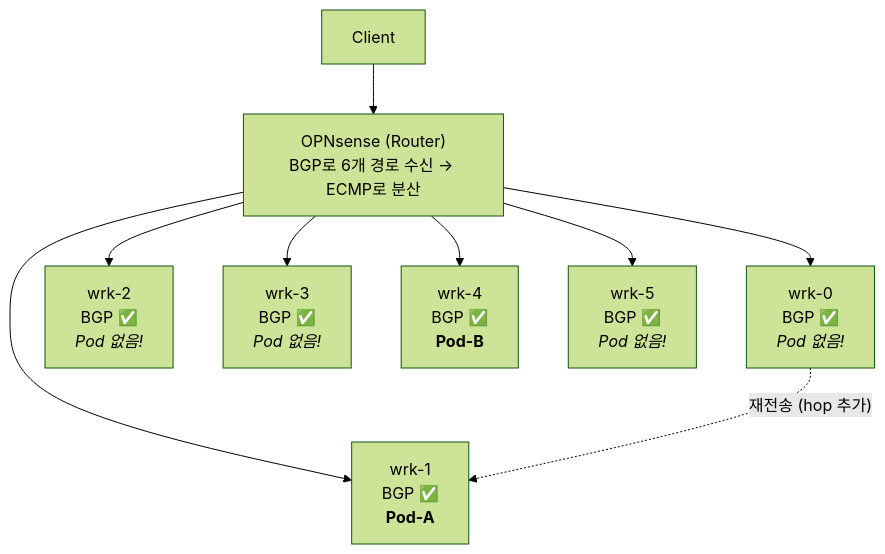
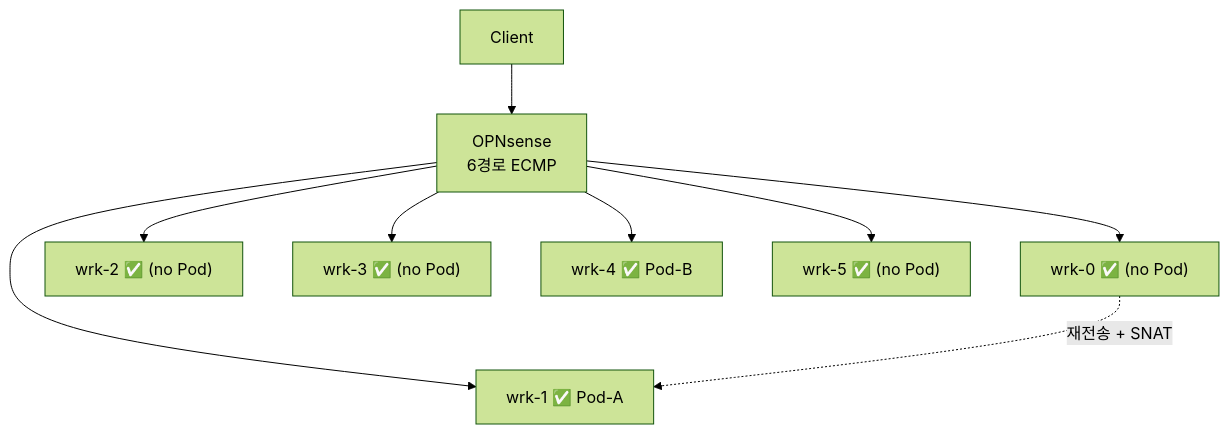
The sixth of 9 diagrams in day1/ch06-cilium-bgp/README.md (garlicKim21/kubernetes-onprem-training), drawn with Mermaid (forest theme) before and after one commit. The commit also changed other lines of this file and 6 other files, not shown here.

````diff
--- a/day1/ch06-cilium-bgp/README.md
+++ b/day1/ch06-cilium-bgp/README.md
@@ -579,11 +613,11 @@
 ```mermaid
 graph TD
-    client["Client"] --> router["OPNsense (Router)<br/>BGP로 6개 경로 수신 → ECMP로 분산"]
-    router --> wrk0["wrk-0<br/>BGP ✅<br/><i>Pod 없음!</i>"]
-    router --> wrk1["wrk-1<br/>BGP ✅<br/><b>Pod-A</b>"]
-    router --> wrk2["wrk-2<br/>BGP ✅<br/><i>Pod 없음!</i>"]
-    router --> wrk3["wrk-3<br/>BGP ✅<br/><i>Pod 없음!</i>"]
-    router --> wrk4["wrk-4<br/>BGP ✅<br/><b>Pod-B</b>"]
-    router --> wrk5["wrk-5<br/>BGP ✅<br/><i>Pod 없음!</i>"]
-    wrk0 -. "재전송 (hop 추가)" .-> wrk1
+    client["Client"] --> router["OPNsense<br/>6경로 ECMP"]
+    router --> wrk0["wrk-0 ✅ (no Pod)"]
+    router --> wrk1["wrk-1 ✅ Pod-A"]
+    router --> wrk2["wrk-2 ✅ (no Pod)"]
+    router --> wrk3["wrk-3 ✅ (no Pod)"]
+    router --> wrk4["wrk-4 ✅ Pod-B"]
+    router --> wrk5["wrk-5 ✅ (no Pod)"]
+    wrk0 -. "재전송 + SNAT" .-> wrk1
 ```
````
